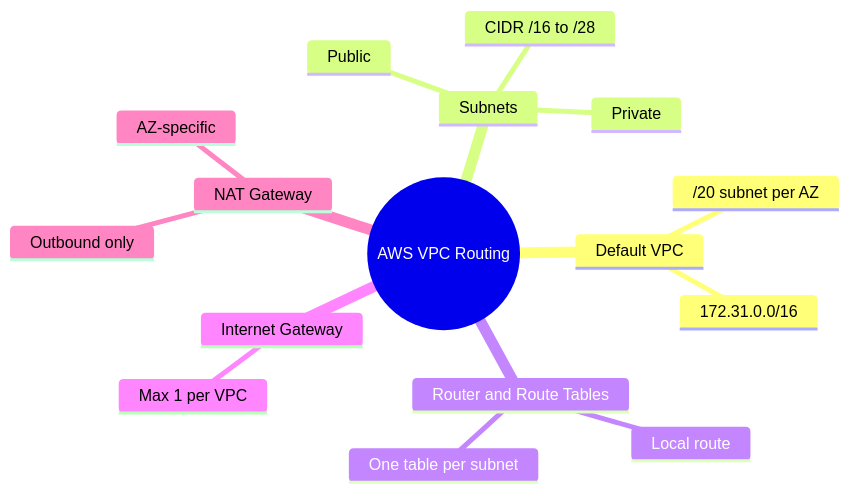
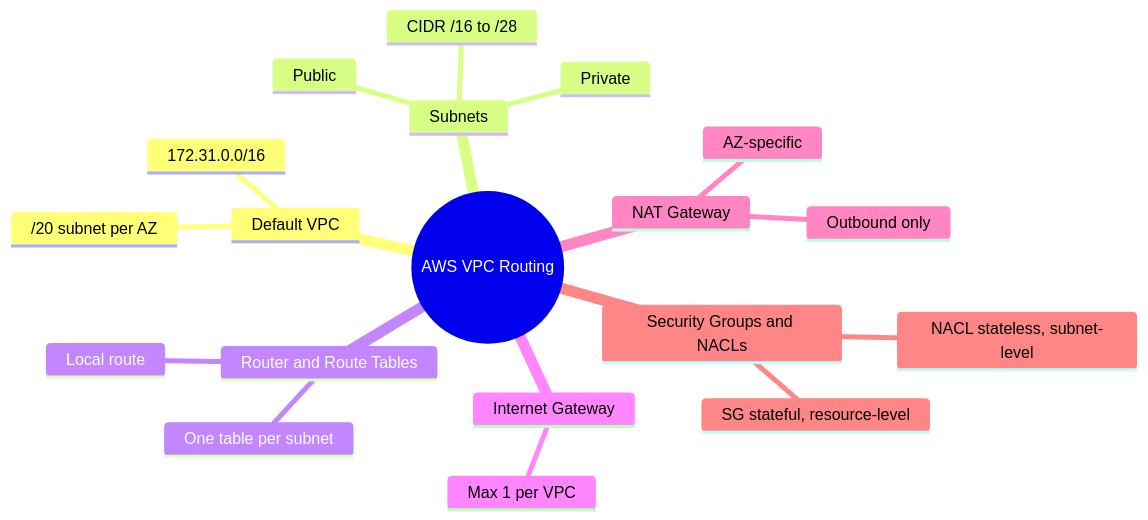
The diagram in Knowledge Base/AWS/1. VPC Deep Dive.md (madhankumar866/cloud-engineering-vault), drawn with Mermaid before and after one commit. The commit also changed other lines of this file and 11 other files, not shown here.

````diff
--- a/Knowledge Base/AWS/1. VPC Deep Dive.md
+++ b/Knowledge Base/AWS/1. VPC Deep Dive.md
@@ -38,19 +39,22 @@
 ```mermaid
 mindmap
   root((AWS VPC Routing))
     Default VPC
       172.31.0.0/16
       /20 subnet per AZ
     Subnets
       Public
       Private
       CIDR /16 to /28
     Router and Route Tables
       Local route
       One table per subnet
     Internet Gateway
       Max 1 per VPC
     NAT Gateway
       AZ-specific
       Outbound only
+    Security Groups and NACLs
+      SG stateful, resource-level
+      NACL stateless, subnet-level
 ```
````
